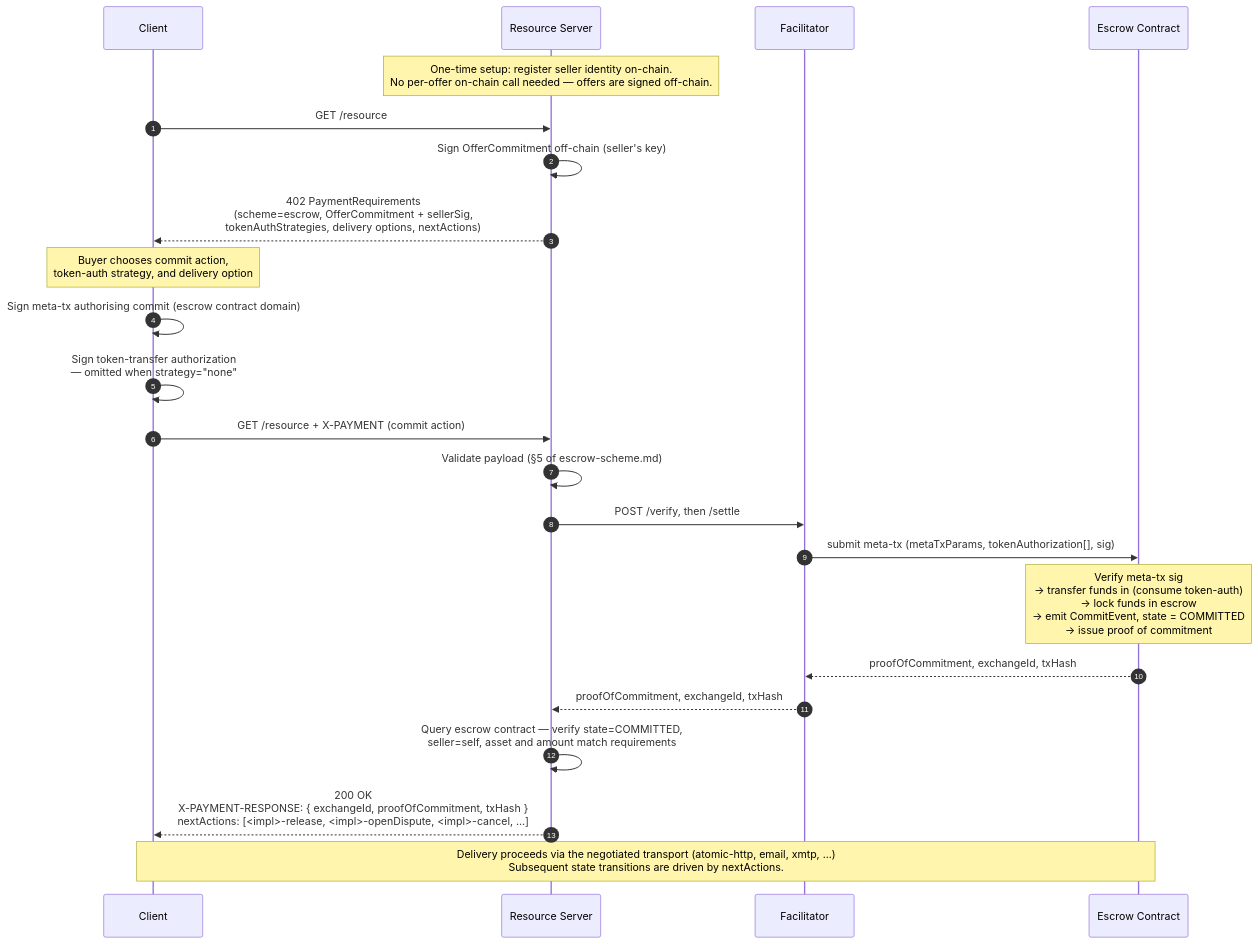
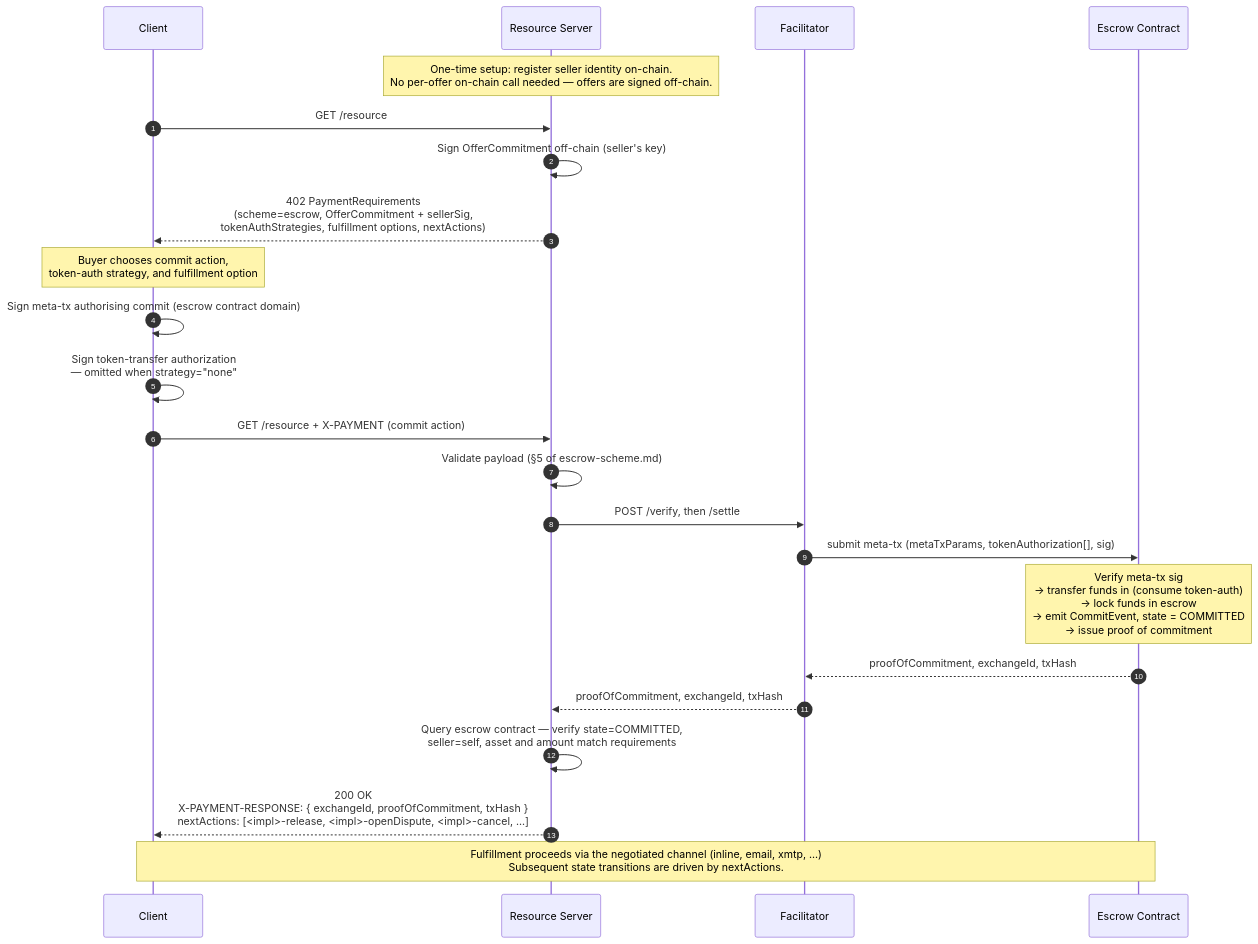
One commit to bosonprotocol/x402-escrow-schema changed the first of 3 diagrams in 02-flows.md. Above: the diagram before and after it, drawn with Mermaid. The commit also changed other lines of this file and 5 other files, not shown here.

Commit message:
refactor: rename delivery to fulfillment and update related documentation

````diff
--- a/02-flows.md
+++ b/02-flows.md
@@ -9,34 +9,34 @@
 ```mermaid
 sequenceDiagram
     autonumber
     participant C as Client
     participant S as Resource Server
     participant F as Facilitator
     participant E as Escrow Contract
 
     Note over S: One-time setup: register seller identity on-chain.<br/>No per-offer on-chain call needed — offers are signed off-chain.
 
     C->>S: GET /resource
     S->>S: Sign OfferCommitment off-chain (seller's key)
-    S-->>C: 402 PaymentRequirements<br/>(scheme=escrow, OfferCommitment + sellerSig,<br/>tokenAuthStrategies, delivery options, nextActions)
+    S-->>C: 402 PaymentRequirements<br/>(scheme=escrow, OfferCommitment + sellerSig,<br/>tokenAuthStrategies, fulfillment options, nextActions)
 
-    Note over C: Buyer chooses commit action,<br/>token-auth strategy, and delivery option
+    Note over C: Buyer chooses commit action,<br/>token-auth strategy, and fulfillment option
 
     C->>C: Sign meta-tx authorising commit (escrow contract domain)
     C->>C: Sign token-transfer authorization<br/>— omitted when strategy="none"
 
     C->>S: GET /resource + X-PAYMENT (commit action)
     S->>S: Validate payload (§5 of escrow-scheme.md)
     S->>F: POST /verify, then /settle
 
     F->>E: submit meta-tx (metaTxParams, tokenAuthorization[], sig)
     Note over E: Verify meta-tx sig<br/>→ transfer funds in (consume token-auth)<br/>→ lock funds in escrow<br/>→ emit CommitEvent, state = COMMITTED<br/>→ issue proof of commitment
 
     E-->>F: proofOfCommitment, exchangeId, txHash
     F-->>S: proofOfCommitment, exchangeId, txHash
 
     S->>S: Query escrow contract — verify state=COMMITTED,<br/>seller=self, asset and amount match requirements
     S-->>C: 200 OK<br/>X-PAYMENT-RESPONSE: { exchangeId, proofOfCommitment, txHash }<br/>nextActions: [<impl>-release, <impl>-openDispute, <impl>-cancel, ...]
 
-    Note over C,E: Delivery proceeds via the negotiated transport (atomic-http, email, xmtp, ...)<br/>Subsequent state transitions are driven by nextActions.
+    Note over C,E: Fulfillment proceeds via the negotiated channel (inline, email, xmtp, ...)<br/>Subsequent state transitions are driven by nextActions.
 ```
````
